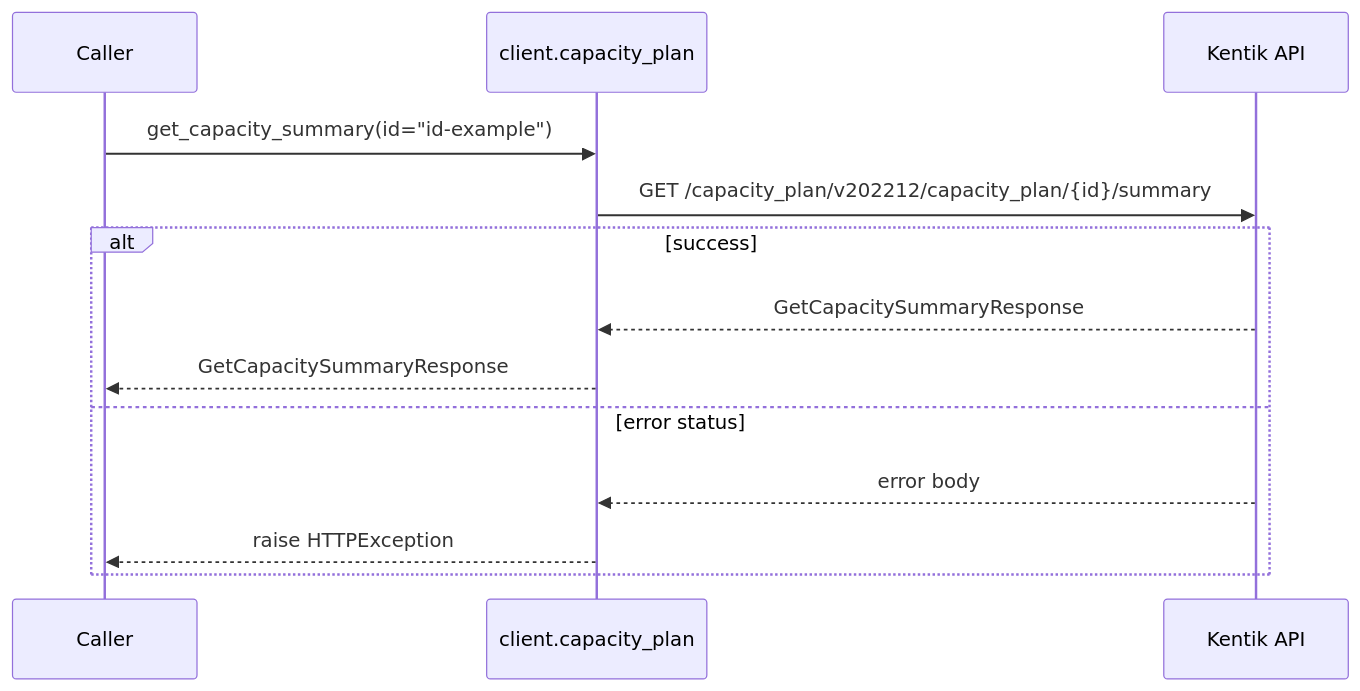
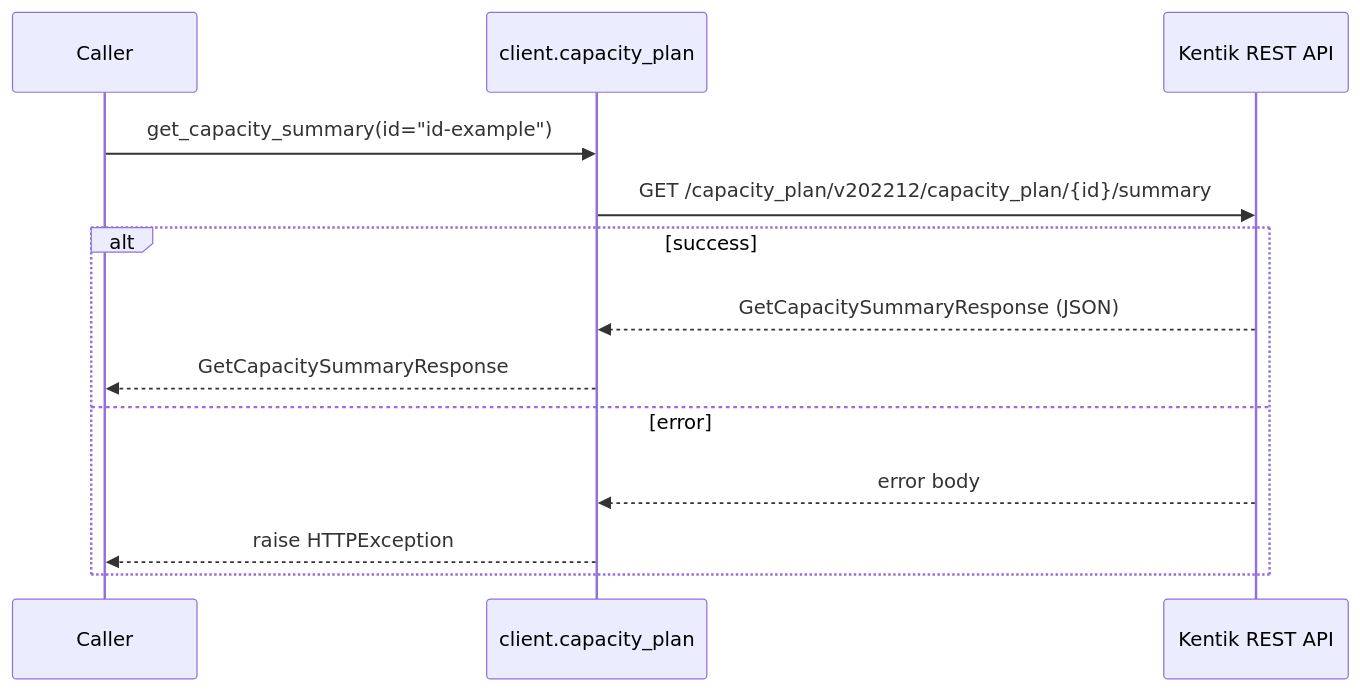
Before and after one commit to alexdearaujo/community_sdk_python: the eighth of 10 diagrams in docs/sphinx/services/capacity_plan.md, drawn with Mermaid. The commit also changed other lines of this file and 61 other files, not shown here.

````diff
--- a/docs/sphinx/services/capacity_plan.md
+++ b/docs/sphinx/services/capacity_plan.md
@@ -167,16 +244,16 @@
 ```mermaid
 sequenceDiagram
     participant C as Caller
     participant W as client.capacity_plan
-    participant API as Kentik API
+    participant API as Kentik REST API
 
     C->>W: get_capacity_summary(id="id-example")
     W->>API: GET /capacity_plan/v202212/capacity_plan/{id}/summary
     alt success
-        API-->>W: GetCapacitySummaryResponse
+        API-->>W: GetCapacitySummaryResponse (JSON)
         W-->>C: GetCapacitySummaryResponse
-    else error status
+    else error
         API-->>W: error body
         W-->>C: raise HTTPException
     end
 ```
````
